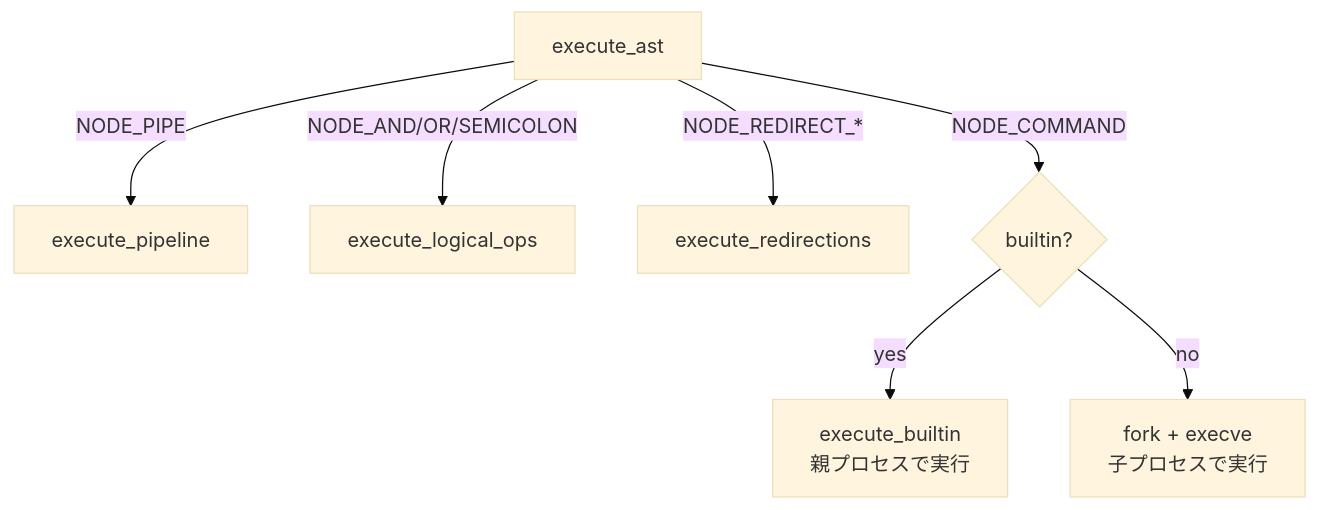
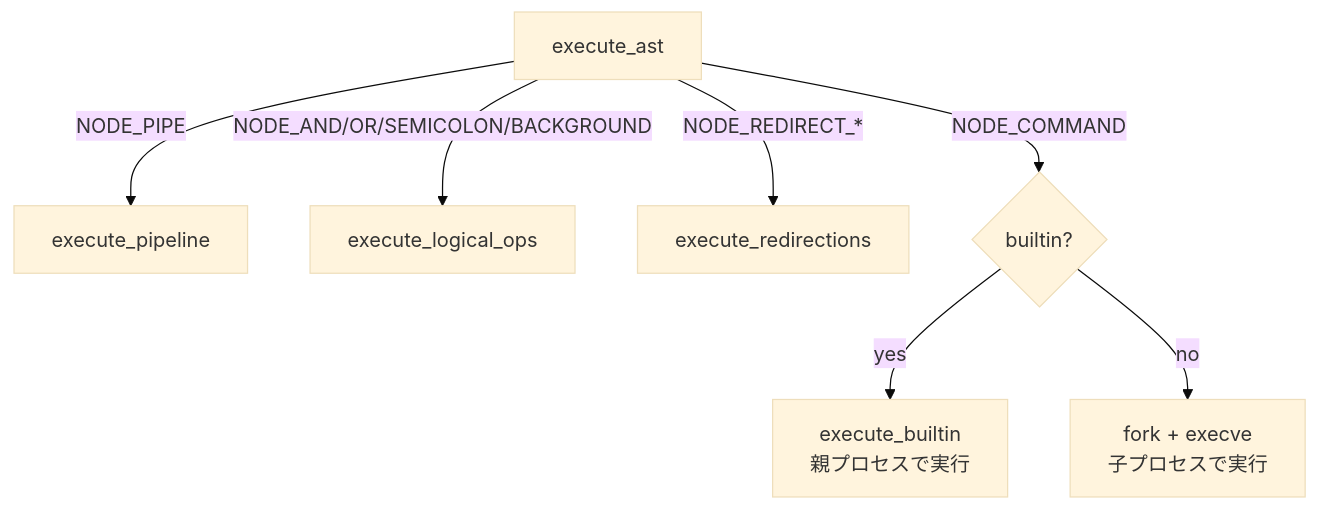
Before and after one commit to Kizuna42/minishell: the fourth of 4 diagrams in docs/ARCHITECTURE.md, drawn with Mermaid (base theme). The commit also changed other lines of this file and 1 other file, not shown here.

````diff
--- a/docs/ARCHITECTURE.md
+++ b/docs/ARCHITECTURE.md
@@ -138,9 +142,9 @@
 ```mermaid
 flowchart TD
     A[execute_ast] -->|NODE_PIPE| P[execute_pipeline]
-    A -->|NODE_AND/OR/SEMICOLON| LG[execute_logical_ops]
+    A -->|NODE_AND/OR/SEMICOLON/BACKGROUND| LG[execute_logical_ops]
     A -->|NODE_REDIRECT_*| RD[execute_redirections]
     A -->|NODE_COMMAND| C{builtin?}
     C -->|yes| BI[execute_builtin<br/>親プロセスで実行]
     C -->|no| EX[fork + execve<br/>子プロセスで実行]
 ```
````
